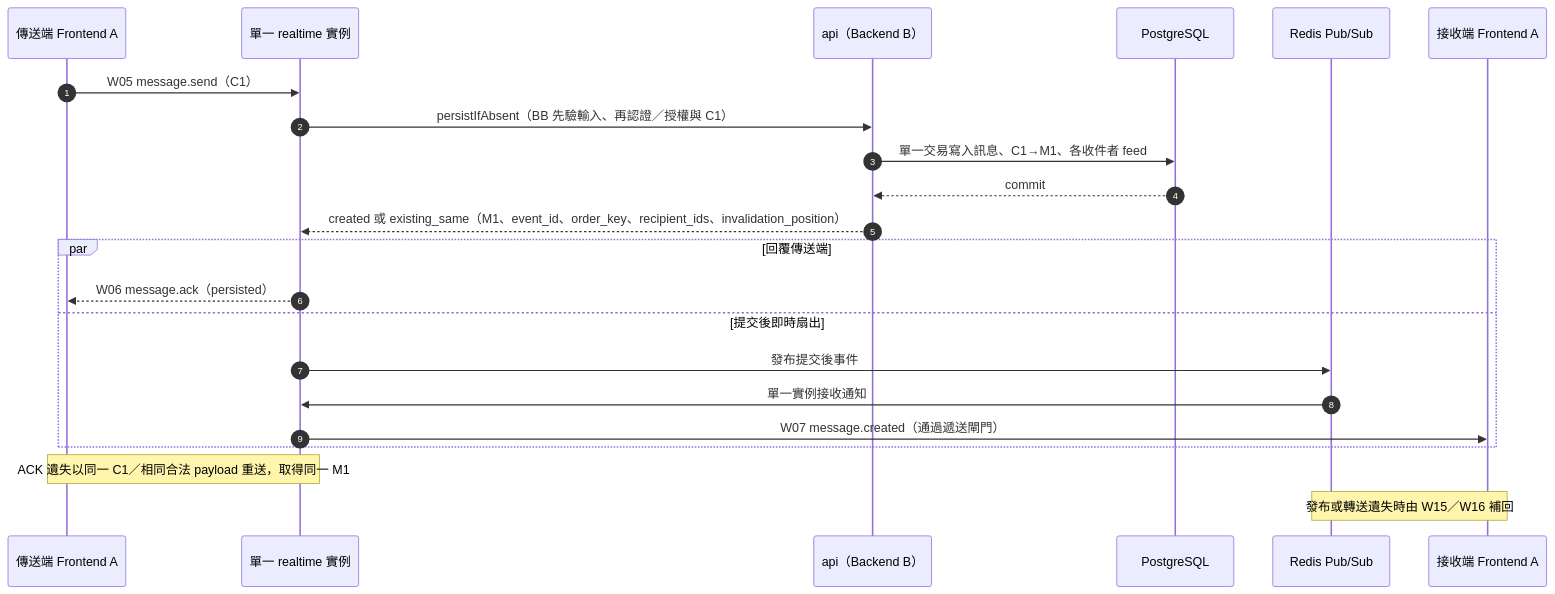
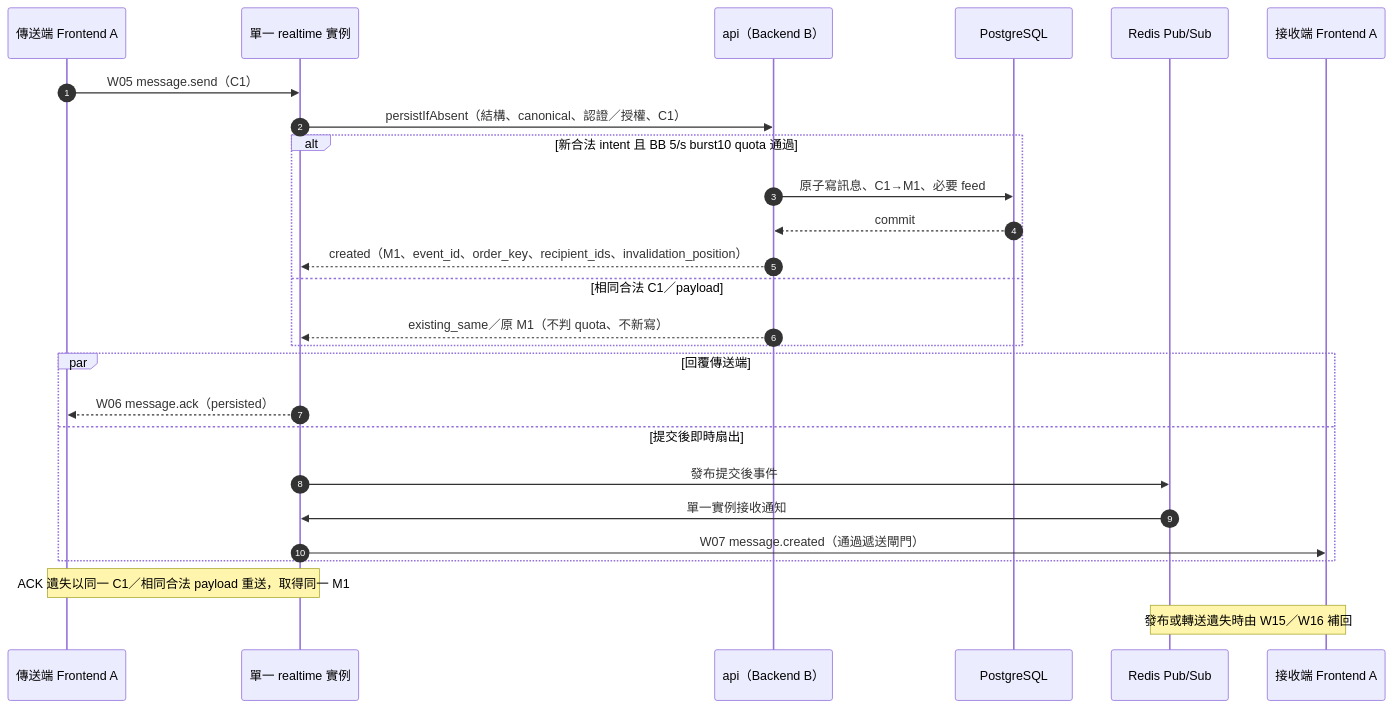
One commit to LeoCheng-space/Hine changed the fourth of 9 diagrams in docs/architecture/README.md. Above: the diagram before and after it, drawn with Mermaid. The commit also changed other lines of this file and 9 other files, not shown here.

````diff
--- a/docs/architecture/README.md
+++ b/docs/architecture/README.md
@@ -166,24 +166,28 @@
 ```mermaid
 sequenceDiagram
   autonumber
   participant S as 傳送端 Frontend A
   participant R as 單一 realtime 實例
   participant B as api（Backend B）
   participant DB as PostgreSQL
   participant PS as Redis Pub/Sub
   participant T as 接收端 Frontend A
   S->>R: W05 message.send（C1）
-  R->>B: persistIfAbsent（BB 先驗輸入、再認證／授權與 C1）
-  B->>DB: 單一交易寫入訊息、C1→M1、各收件者 feed
-  DB-->>B: commit
-  B-->>R: created 或 existing_same（M1、event_id、order_key、recipient_ids、invalidation_position）
+  R->>B: persistIfAbsent（結構、canonical、認證／授權、C1）
+  alt 新合法 intent 且 BB 5/s burst10 quota 通過
+    B->>DB: 原子寫訊息、C1→M1、必要 feed
+    DB-->>B: commit
+    B-->>R: created（M1、event_id、order_key、recipient_ids、invalidation_position）
+  else 相同合法 C1／payload
+    B-->>R: existing_same／原 M1（不判 quota、不新寫）
+  end
   par 回覆傳送端
     R-->>S: W06 message.ack（persisted）
   and 提交後即時扇出
     R->>PS: 發布提交後事件
     PS->>R: 單一實例接收通知
     R->>T: W07 message.created（通過遞送閘門）
   end
   Note over S,R: ACK 遺失以同一 C1／相同合法 payload 重送，取得同一 M1
   Note over PS,T: 發布或轉送遺失時由 W15／W16 補回
 ```
````
